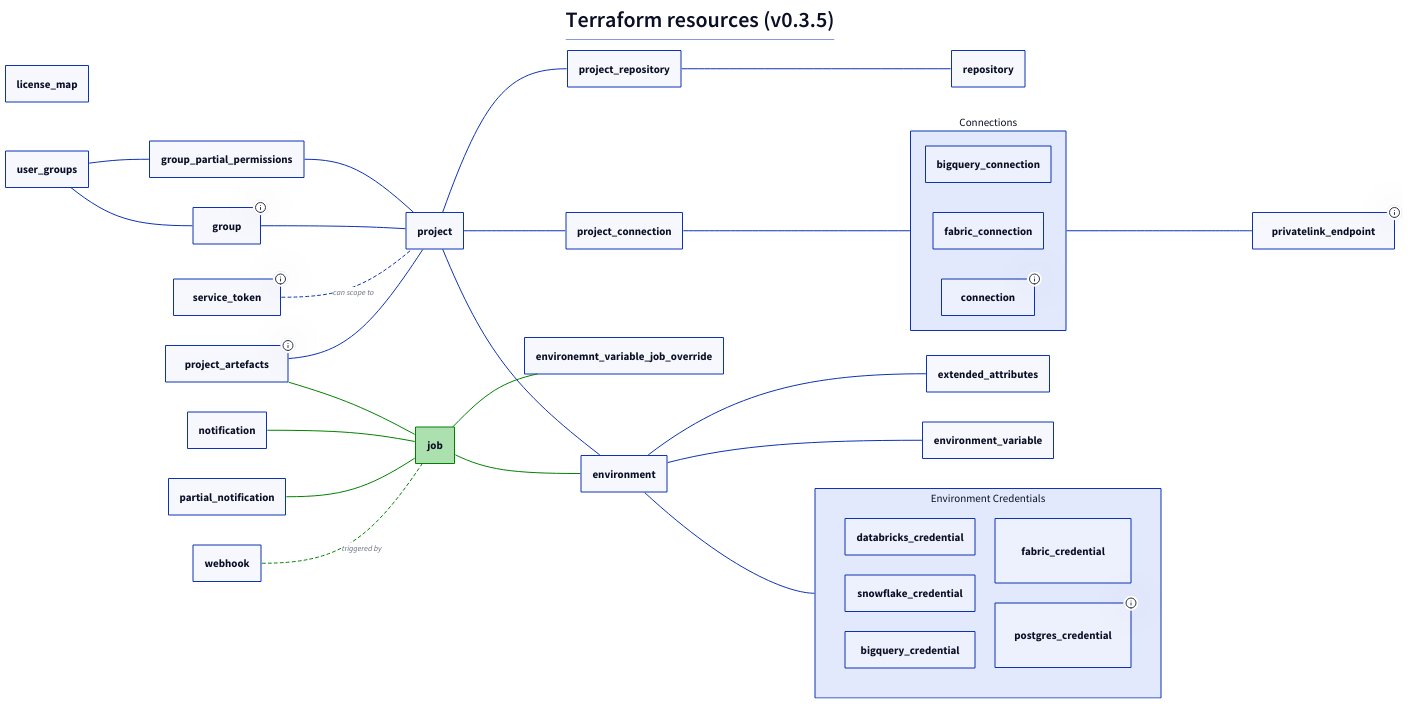
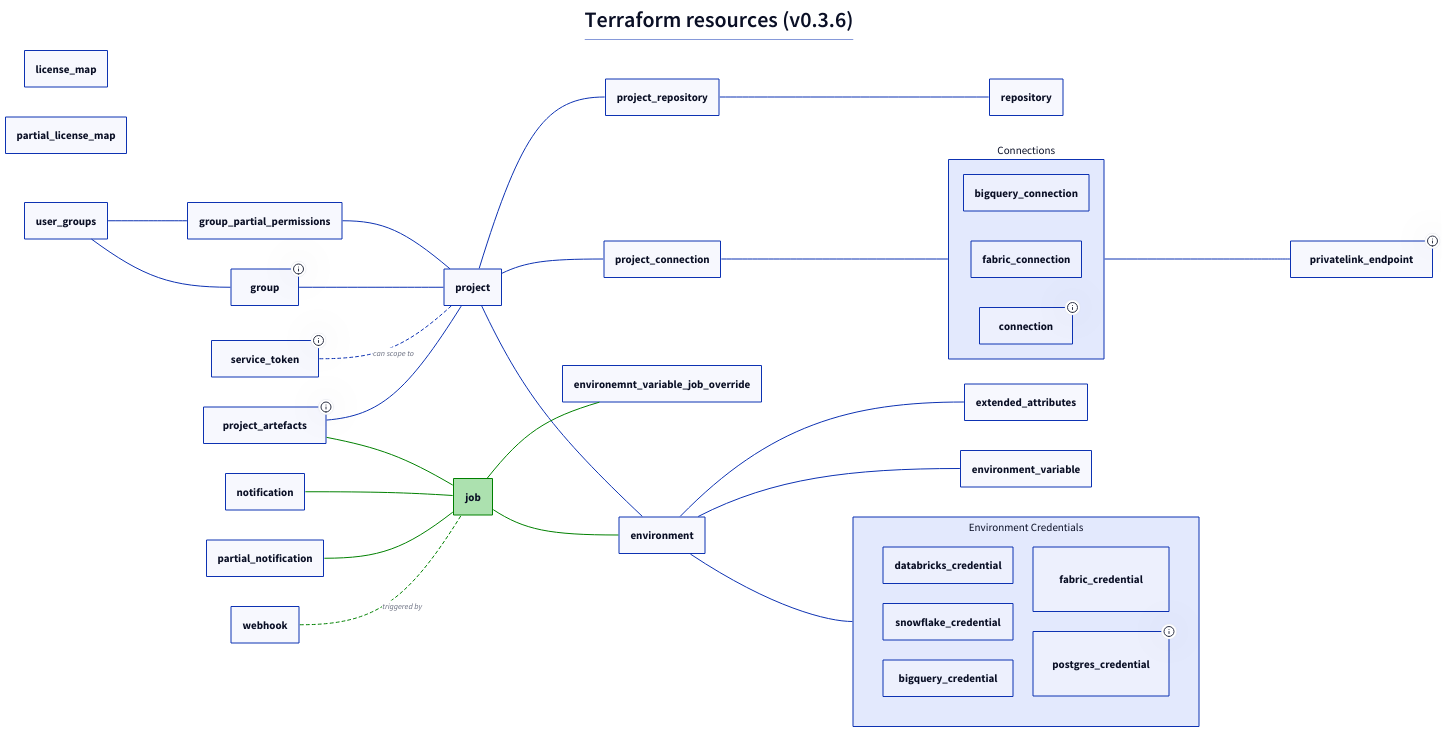
One commit to dbt-labs/terraform-provider-dbtcloud changed the diagram in terraform_resources.d2. Above: the diagram before and after it, drawn with D2. The commit also changed 1 other file, not shown here.

Commit message:
Update diagram with new resource

```diff
--- a/terraform_resources.d2
+++ b/terraform_resources.d2
@@ -1,72 +1,73 @@
 *.style.font-size: 22
 *.*.style.font-size: 22
 
 title: |md
-  # Terraform resources (v0.3.5)
+  # Terraform resources (v0.3.6)
 | {near: top-center}
 
 direction: right
 
 
 license_map
+partial_license_map
 
 privatelink_endpoint: {tooltip: Datasource only}
 group: {tooltip: Group permissions as well}
 group_partial_permissions
 service_token: {tooltip: Permissions as well}
 project_artefacts: {tooltip: For setting the project docs and source freshness}
 job: {
   style: {
     fill: "#ACE1AF"
     stroke: green
   }
 }
 
 conns: Connections {
   bigquery_connection
   fabric_connection
   connection: {tooltip: Works for Snowflake, Redshift, Postgres and Databricks}
 }
 
 env_creds: Environment Credentials {
   grid-columns: 2
   databricks_credential
   snowflake_credential
   bigquery_credential
   fabric_credential
   postgres_credential: {tooltip: Is used for Redshift as well}
 }
 
 service_token -- project: can scope to {
   style: {
     stroke-dash: 3
   }
 }
 group -- project
 group_partial_permissions -- project
 user_groups -- group
 user_groups -- group_partial_permissions
 project -- environment
 job -- environment
 job -- environemnt_variable_job_override
 notification -- job
 partial_notification -- job
 project_artefacts -- job
 
 project_artefacts -- project
 webhook -- job: triggered by {
   style: {
     stroke-dash: 3
   }
 }
 environment -- env_creds
 project -- project_connection
 project_connection -- conns
 conns -- privatelink_endpoint
 project -- project_repository
 project_repository -- repository
 environment -- environment_variable
 environment -- extended_attributes
 
 (job -- *)[*].style.stroke: green
 (* -- job)[*].style.stroke: green
```
